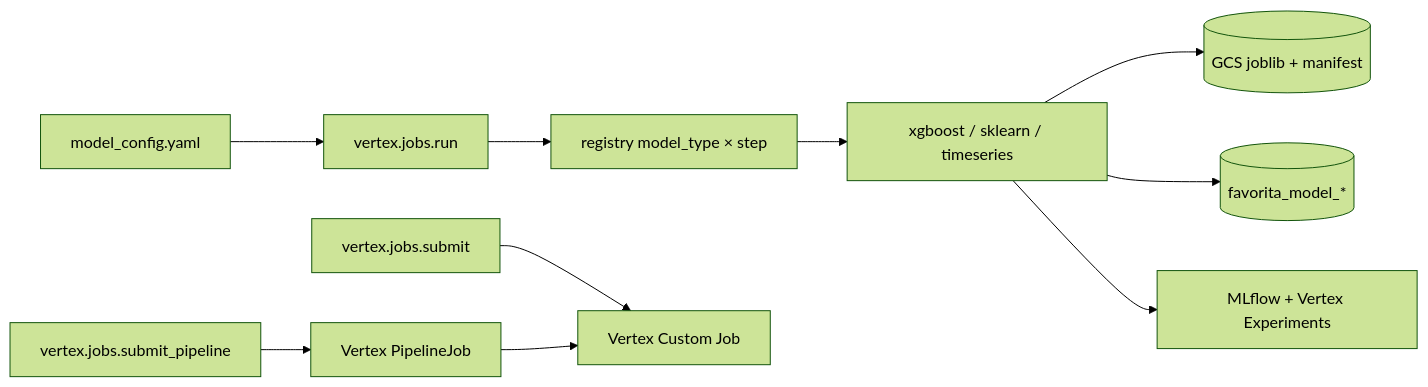
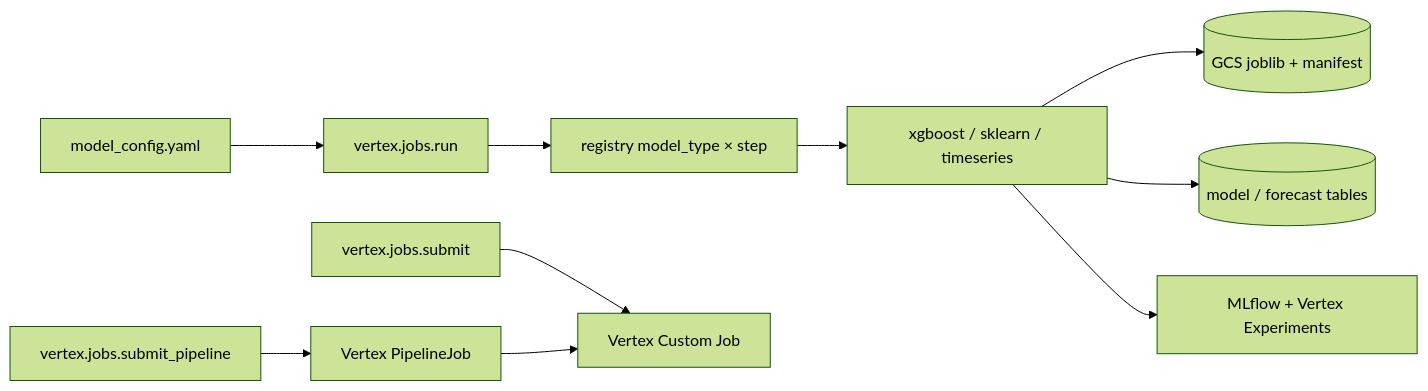
One commit to the-datastrategist/tds-dbt-favorita changed the second of 2 diagrams in docs/vertex/consulting_package.md. Above: the diagram before and after it, drawn with Mermaid (forest theme). The commit also changed other lines of this file and 133 other files, not shown here.

````diff
--- a/docs/vertex/consulting_package.md
+++ b/docs/vertex/consulting_package.md
@@ -45,13 +45,13 @@
 ```mermaid
 flowchart LR
   YAML[model_config.yaml] --> Run[vertex.jobs.run]
   Run --> Reg[registry model_type × step]
   Reg --> Mod[xgboost / sklearn / timeseries]
   Mod --> GCS[(GCS joblib + manifest)]
-  Mod --> BQ[(favorita_model_*)]
+  Mod --> BQ[(model / forecast tables)]
   Mod --> MLflow[MLflow + Vertex Experiments]
 
   Submit[vertex.jobs.submit] --> CJ[Vertex Custom Job]
   Pipe[vertex.jobs.submit_pipeline] --> KFP[Vertex PipelineJob]
   KFP --> CJ
 ```
````
